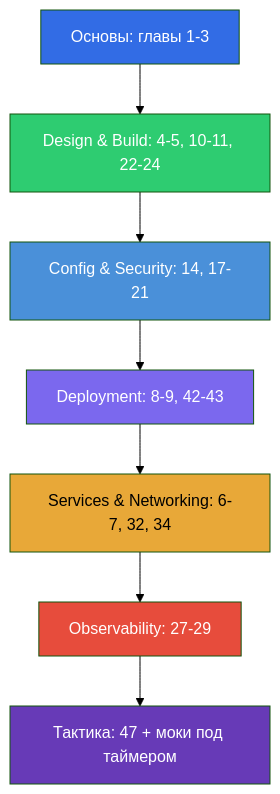
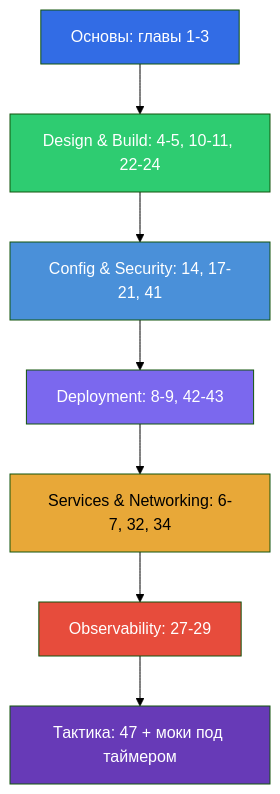
The diagram in tasks/cka/course/CKAD_RU.md (ViktorUJ/cks), drawn with Mermaid (forest theme) before and after one commit. The commit also changed other lines of this file and 30 other files, not shown here.

````diff
--- a/tasks/cka/course/CKAD_RU.md
+++ b/tasks/cka/course/CKAD_RU.md
@@ -105,16 +106,16 @@
 ```mermaid
 flowchart TB
     a["Основы: главы 1-3"] --> b["Design & Build: 4-5, 10-11, 22-24"]
-    b --> c["Config & Security: 14, 17-21"]
+    b --> c["Config & Security: 14, 17-21, 41"]
     c --> d["Deployment: 8-9, 42-43"]
     d --> e["Services & Networking: 6-7, 32, 34"]
     e --> f["Observability: 27-29"]
     f --> g["Тактика: 47 + моки под таймером"]
     style a fill:#326ce5,color:#fff
     style b fill:#2ecc71,color:#fff
     style c fill:#4a90d9,color:#fff
     style d fill:#7b68ee,color:#fff
     style e fill:#e8a838,color:#000
     style f fill:#e74c3c,color:#fff
     style g fill:#673ab7,color:#fff
 ```
````
